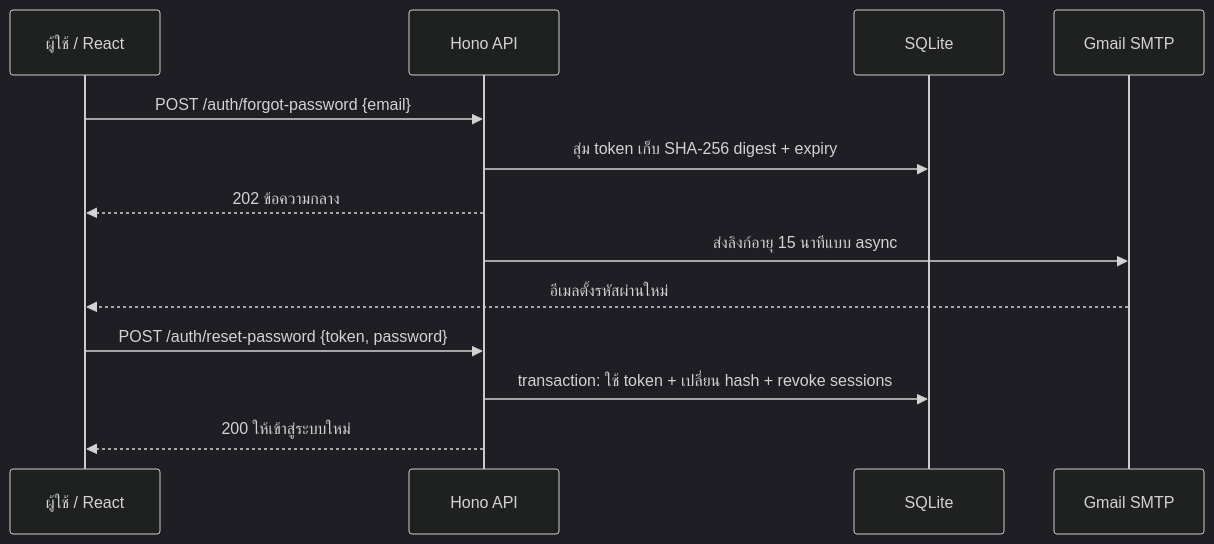
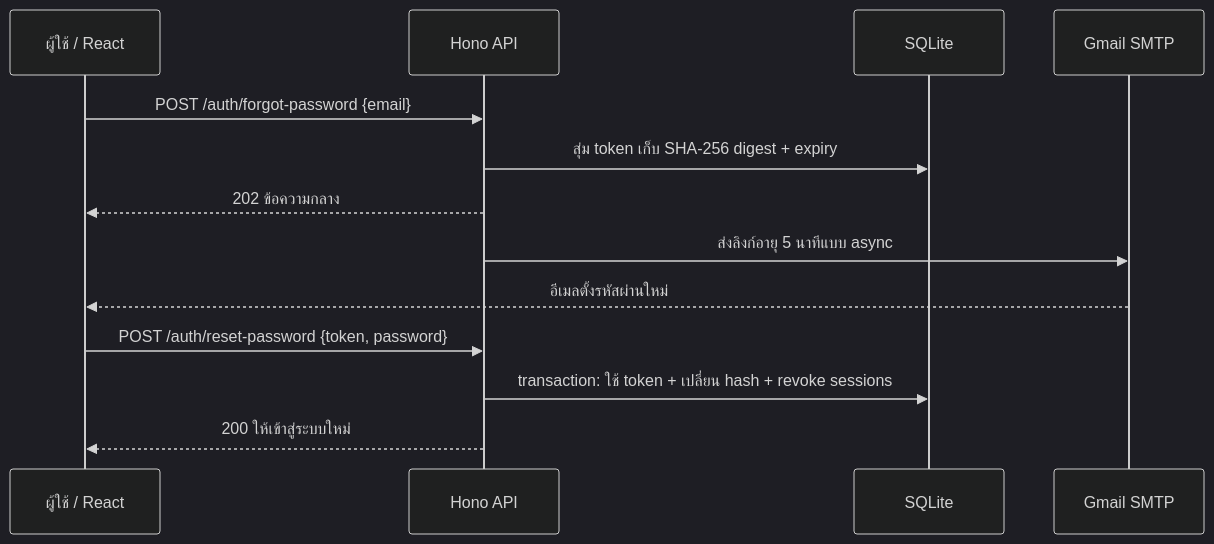
The diagram in docs/password-reset-gmail.md (purinutsatronkit/projectdaily), drawn with Mermaid (dark theme) before and after one commit. The commit also changed other lines of this file and 93 other files, not shown here.

````diff
--- a/docs/password-reset-gmail.md
+++ b/docs/password-reset-gmail.md
@@ -111,15 +111,15 @@
 ```mermaid
 sequenceDiagram
   participant U as ผู้ใช้ / React
   participant A as Hono API
   participant D as SQLite
   participant G as Gmail SMTP
   U->>A: POST /auth/forgot-password {email}
   A->>D: สุ่ม token เก็บ SHA-256 digest + expiry
   A-->>U: 202 ข้อความกลาง
-  A->>G: ส่งลิงก์อายุ 15 นาทีแบบ async
+  A->>G: ส่งลิงก์อายุ 5 นาทีแบบ async
   G-->>U: อีเมลตั้งรหัสผ่านใหม่
   U->>A: POST /auth/reset-password {token, password}
   A->>D: transaction: ใช้ token + เปลี่ยน hash + revoke sessions
   A-->>U: 200 ให้เข้าสู่ระบบใหม่
 ```
````
